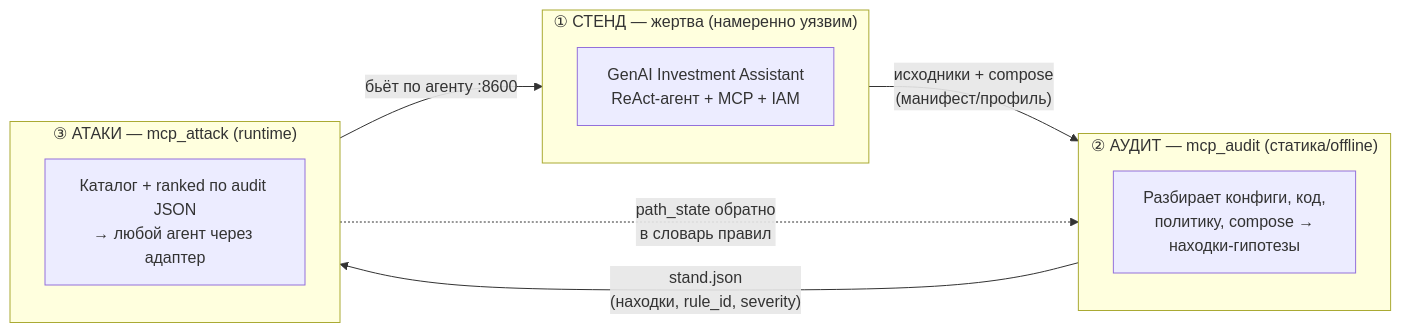
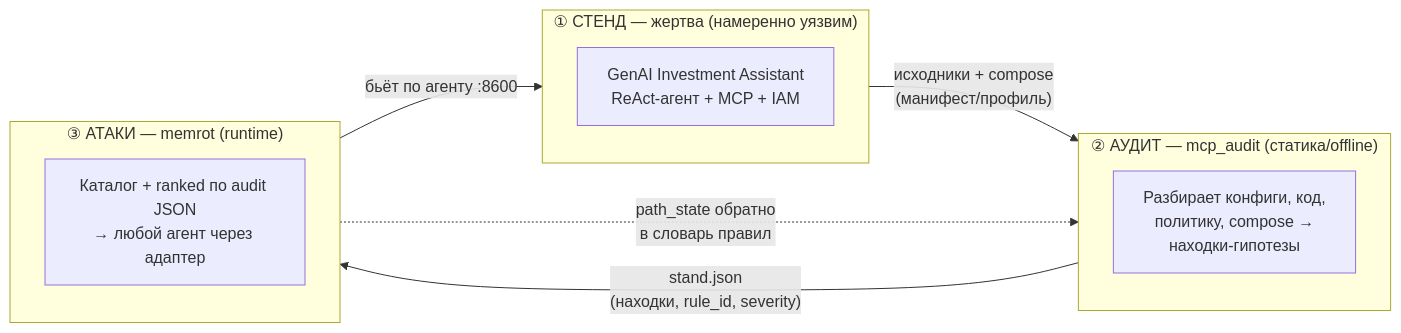
The first of 7 diagrams in docs/project_overview.md (bulochka68/memrot), drawn with Mermaid before and after one commit. The commit also changed other lines of this file and 115 other files, not shown here.

````diff
--- a/docs/project_overview.md
+++ b/docs/project_overview.md
@@ -18,20 +18,20 @@
 ```mermaid
 flowchart LR
     subgraph stand["① СТЕНД — жертва (намеренно уязвим)"]
         direction TB
         s1["GenAI Investment Assistant<br/>ReAct-агент + MCP + IAM"]
     end
     subgraph audit["② АУДИТ — mcp_audit (статика/offline)"]
         direction TB
         a1["Разбирает конфиги, код,<br/>политику, compose →<br/>находки-гипотезы"]
     end
-    subgraph attack["③ АТАКИ — mcp_attack (runtime)"]
+    subgraph attack["③ АТАКИ — memrot (runtime)"]
         direction TB
         r1["Каталог + ranked по audit JSON<br/>→ любой агент через адаптер"]
     end
 
     stand -- "исходники + compose<br/>(манифест/профиль)" --> audit
     audit -- "stand.json<br/>(находки, rule_id, severity)" --> attack
     attack -- "бьёт по агенту :8600" --> stand
     attack -. "path_state обратно<br/>в словарь правил" .-> audit
 ```
````
